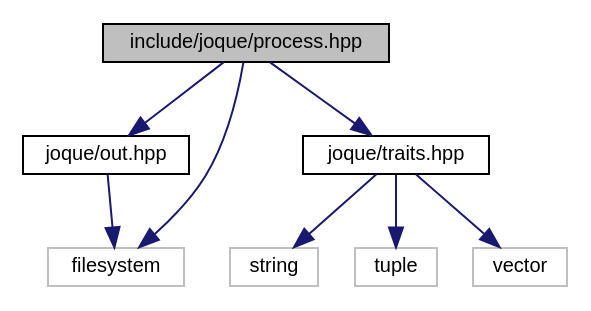
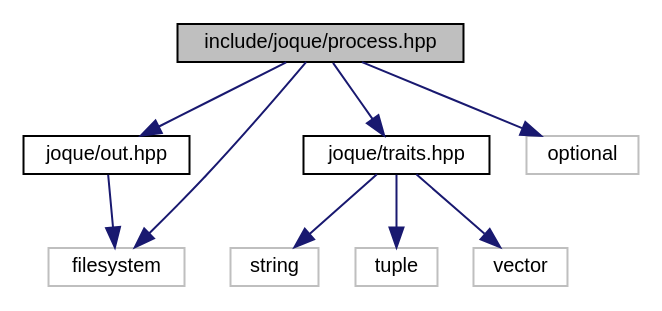
Before and after one commit to koniarik/joque: the diagram in process_8hpp__incl.dot, drawn with Graphviz. The commit also changed 147 other files, not shown here.

```diff
--- a/process_8hpp__incl.dot
+++ b/process_8hpp__incl.dot
@@ -1,20 +1,22 @@
 digraph "include/joque/process.hpp"
 {
  // LATEX_PDF_SIZE
   edge [fontname="Helvetica",fontsize="10",labelfontname="Helvetica",labelfontsize="10"];
   node [fontname="Helvetica",fontsize="10",shape=record];
   Node1 [label="include/joque/process.hpp",height=0.2,width=0.4,color="black", fillcolor="grey75", style="filled", fontcolor="black",tooltip=" "];
   Node1 -> Node2 [color="midnightblue",fontsize="10",style="solid",fontname="Helvetica"];
   Node2 [label="joque/out.hpp",height=0.2,width=0.4,color="black", fillcolor="white", style="filled",URL="$out_8hpp.html",tooltip=" "];
   Node2 -> Node3 [color="midnightblue",fontsize="10",style="solid",fontname="Helvetica"];
   Node3 [label="filesystem",height=0.2,width=0.4,color="grey75", fillcolor="white", style="filled",tooltip=" "];
   Node1 -> Node4 [color="midnightblue",fontsize="10",style="solid",fontname="Helvetica"];
   Node4 [label="joque/traits.hpp",height=0.2,width=0.4,color="black", fillcolor="white", style="filled",URL="$traits_8hpp.html",tooltip=" "];
   Node4 -> Node5 [color="midnightblue",fontsize="10",style="solid",fontname="Helvetica"];
   Node5 [label="string",height=0.2,width=0.4,color="grey75", fillcolor="white", style="filled",tooltip=" "];
   Node4 -> Node6 [color="midnightblue",fontsize="10",style="solid",fontname="Helvetica"];
   Node6 [label="tuple",height=0.2,width=0.4,color="grey75", fillcolor="white", style="filled",tooltip=" "];
   Node4 -> Node7 [color="midnightblue",fontsize="10",style="solid",fontname="Helvetica"];
   Node7 [label="vector",height=0.2,width=0.4,color="grey75", fillcolor="white", style="filled",tooltip=" "];
   Node1 -> Node3 [color="midnightblue",fontsize="10",style="solid",fontname="Helvetica"];
+  Node1 -> Node8 [color="midnightblue",fontsize="10",style="solid",fontname="Helvetica"];
+  Node8 [label="optional",height=0.2,width=0.4,color="grey75", fillcolor="white", style="filled",tooltip=" "];
 }
```
